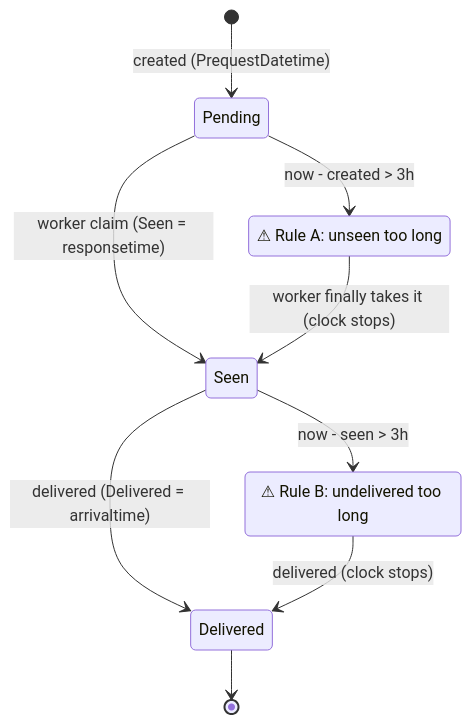
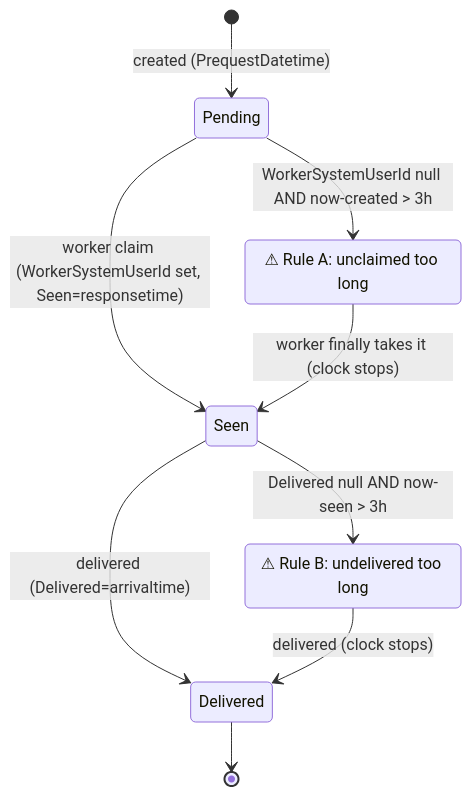
One commit to Danielle444/RideOn-Project changed the diagram in _bmad-output/specs/spec-shavings-page-redesign/sla-rules.md. Above: the diagram before and after it, drawn with Mermaid. The commit also changed other lines of this file and 8 other files, not shown here.

````diff
--- a/_bmad-output/specs/spec-shavings-page-redesign/sla-rules.md
+++ b/_bmad-output/specs/spec-shavings-page-redesign/sla-rules.md
@@ -62,15 +65,15 @@
 ```mermaid
 stateDiagram-v2
     [*] --> Pending: created (PrequestDatetime)
-    Pending --> Seen: worker claim (Seen = responsetime)
-    Seen --> Delivered: delivered (Delivered = arrivaltime)
+    Pending --> Seen: worker claim (WorkerSystemUserId set, Seen=responsetime)
+    Seen --> Delivered: delivered (Delivered=arrivaltime)
 
-    Pending --> RuleA: now - created > 3h
+    Pending --> RuleA: WorkerSystemUserId null AND now-created > 3h
     RuleA --> Seen: worker finally takes it (clock stops)
-    Seen --> RuleB: now - seen > 3h
+    Seen --> RuleB: Delivered null AND now-seen > 3h
     RuleB --> Delivered: delivered (clock stops)
 
-    state "⚠ Rule A: unseen too long" as RuleA
+    state "⚠ Rule A: unclaimed too long" as RuleA
     state "⚠ Rule B: undelivered too long" as RuleB
     Delivered --> [*]
 ```
````
